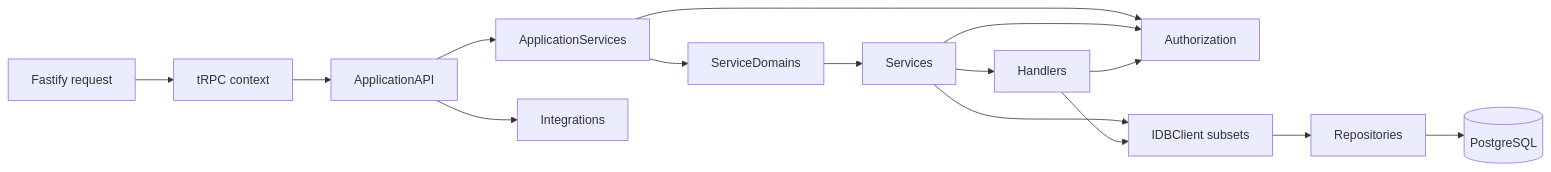
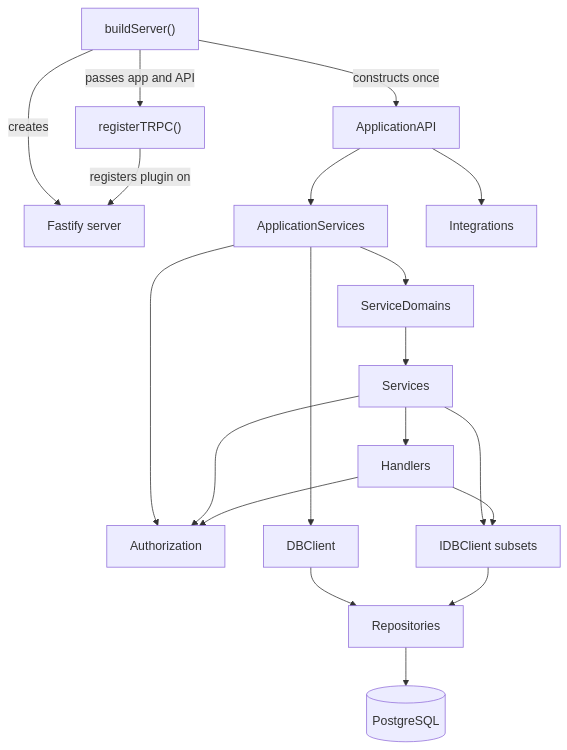
The first of 2 diagrams in src/server/core/service/README.md (buildtitans/events-system), drawn with Mermaid before and after one commit. The commit also changed other lines of this file and 4 other files, not shown here.

Commit message:
refactor(server): scope application API to server lifetime

````diff
--- a/src/server/core/service/README.md
+++ b/src/server/core/service/README.md
@@ -22,17 +22,21 @@
 ```mermaid
-flowchart LR
-    Request["Fastify request"] --> Context["tRPC context"]
-    Context --> ApplicationAPI
+flowchart TB
+    BuildServer["buildServer()"] -->|creates| Fastify["Fastify server"]
+    BuildServer -->|constructs once| ApplicationAPI
+    BuildServer -->|passes app and API| TRPC["registerTRPC()"]
     ApplicationAPI --> ApplicationServices
     ApplicationAPI --> Integrations
+    TRPC -->|registers plugin on| Fastify
     ApplicationServices --> ServiceDomains
     ApplicationServices --> Authorization
+    ApplicationServices --> DBClient
     ServiceDomains --> Services
     Services --> Handlers
     Services --> Authorization
     Handlers --> Authorization
     Services --> DB["IDBClient subsets"]
     Handlers --> DB
+    DBClient --> Repositories
     DB --> Repositories
     Repositories --> PostgreSQL[(PostgreSQL)]
 ```
````
